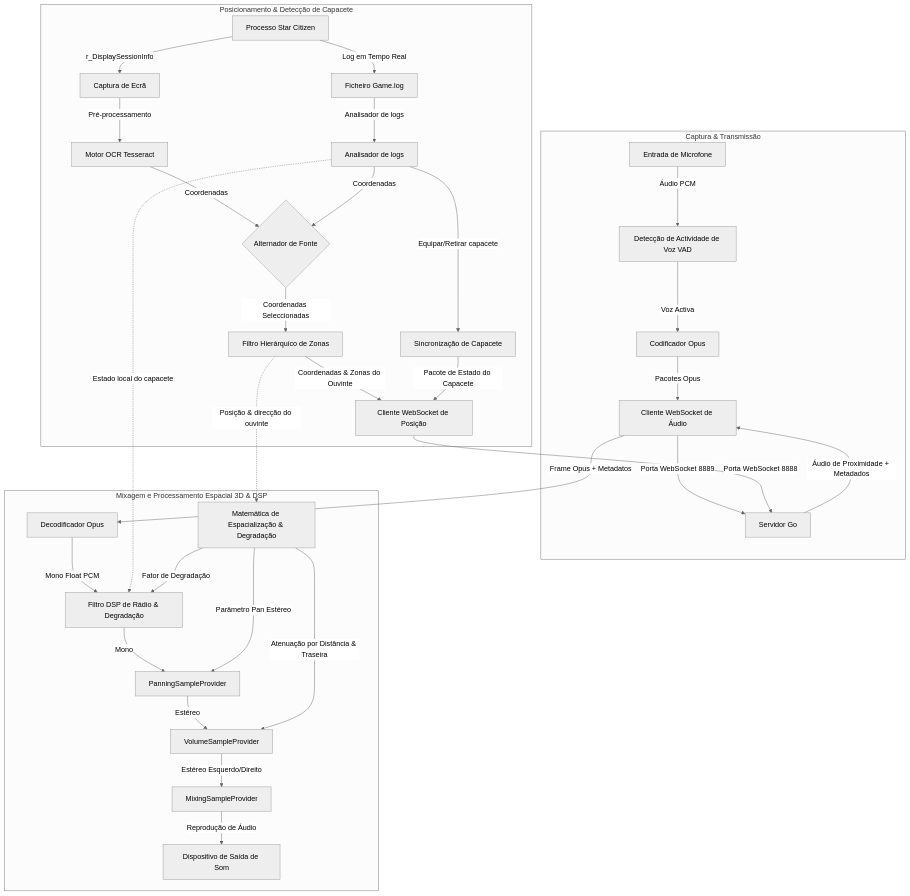
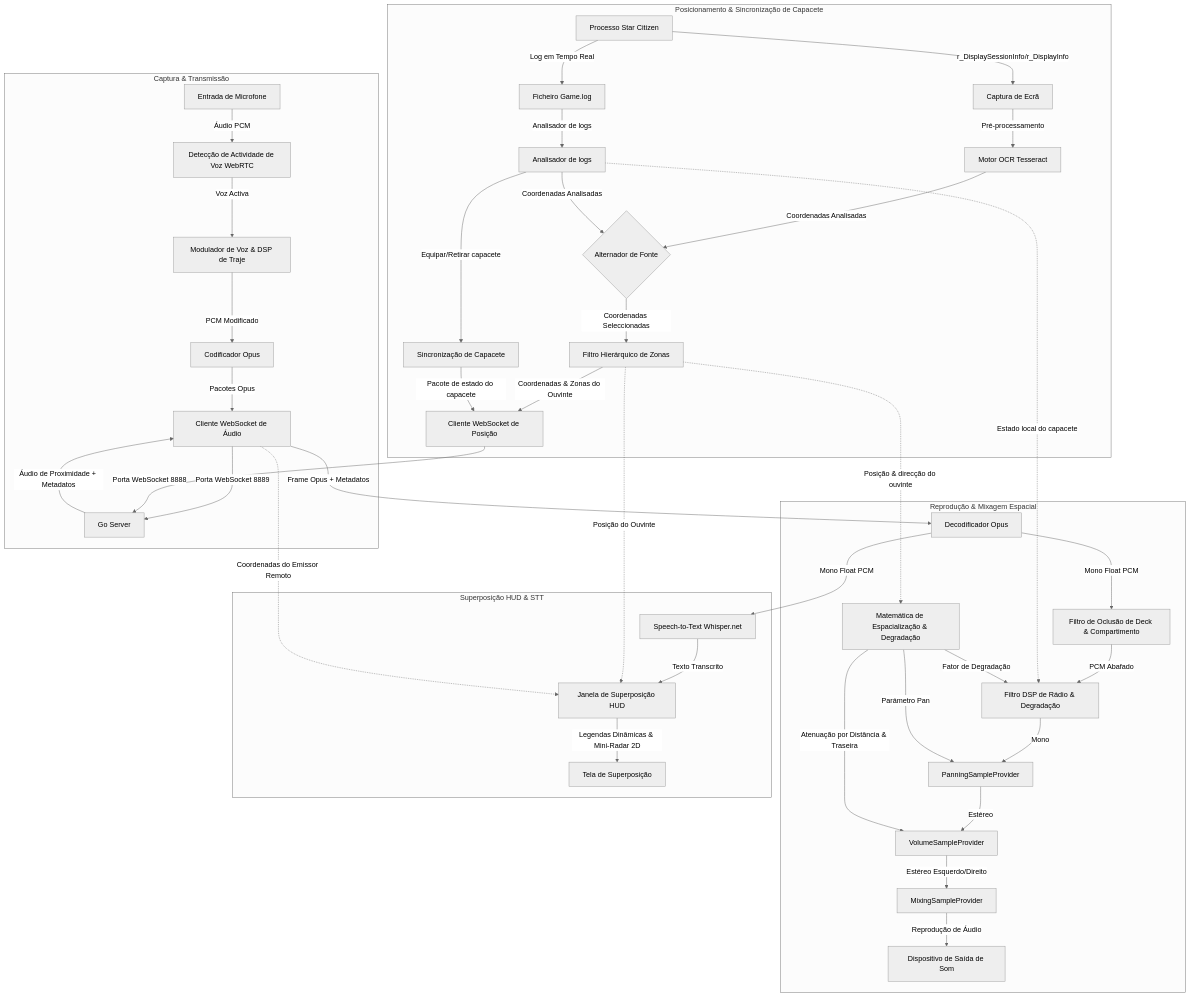
Before and after one commit to XuruDragon/XuruVOIP: the diagram in doc/README.pt-PT.md, drawn with Mermaid (neutral theme). The commit also changed other lines of this file and 17 other files, not shown here.

````diff
--- a/doc/README.pt-PT.md
+++ b/doc/README.pt-PT.md
@@ -88,45 +88,55 @@
 ```mermaid
 graph TD
     subgraph Captura & Transmissão
-        Mic[Entrada de Microfone] -->|Áudio PCM| VAD[Detecção de Actividade de Voz VAD]
-        VAD -->|Voz Activa| OpusEnc[Codificador Opus]
+        Mic[Entrada de Microfone] -->|Áudio PCM| VAD[Detecção de Actividade de Voz WebRTC]
+        VAD -->|Voz Activa| VoiceChanger[Modulador de Voz & DSP de Traje]
+        VoiceChanger -->|PCM Modificado| OpusEnc[Codificador Opus]
         OpusEnc -->|Pacotes Opus| AudioWS[Cliente WebSocket de Áudio]
-        AudioWS -->|Porta WebSocket 8889| Server[Servidor Go]
+        AudioWS -->|Porta WebSocket 8889| Server[Go Server]
     end
 
-    subgraph Posicionamento & Detecção de Capacete
-        SC[Processo Star Citizen] -->|r_DisplaySessionInfo| Screen[Captura de Ecrã]
+    subgraph Posicionamento & Sincronização de Capacete
+        SC[Processo Star Citizen] -->|r_DisplaySessionInfo/r_DisplayInfo| Screen[Captura de Ecrã]
         Screen -->|Pré-processamento| Tess[Motor OCR Tesseract]
         
         SC -->|Log em Tempo Real| GameLog[Ficheiro Game.log]
         GameLog -->|Analisador de logs| LogParser[Analisador de logs]
         
-        Tess -->|Coordenadas| PosSelector{Alternador de Fonte}
-        LogParser -->|Coordenadas| PosSelector
+        Tess -->|Coordenadas Analisadas| PosSelector{Alternador de Fonte}
+        LogParser -->|Coordenadas Analisadas| PosSelector
         
         PosSelector -->|Coordenadas Seleccionadas| Zone[Filtro Hierárquico de Zonas]
         Zone -->|Coordenadas & Zonas do Ouvinte| PosWS[Cliente WebSocket de Posição]
         PosWS -->|Porta WebSocket 8888| Server
 
         LogParser -->|Equipar/Retirar capacete| Helmet[Sincronização de Capacete]
-        Helmet -->|Pacote de Estado do Capacete| PosWS
+        Helmet -->|Pacote de estado do capacete| PosWS
     end
 
-    subgraph Mixagem e Processamento Espacial 3D & DSP
-        Server -->|Áudio de Proximidade + Metadados| AudioWS
+    subgraph Reprodução & Mixagem Espacial
+        Server -->|Áudio de Proximidade + Metadatos| AudioWS
         AudioWS -->|Frame Opus + Metadatos| Decoder[Decodificador Opus]
-        Decoder -->|Mono Float PCM| DSP[Filtro DSP de Rádio & Degradação]
+        Decoder -->|Mono Float PCM| OcclusionFilter[Filtro de Oclusão de Deck & Compartimento]
+        OcclusionFilter -->|PCM Abafado| DSP[Filtro DSP de Rádio & Degradação]
         DSP -->|Mono| Panner[PanningSampleProvider]
         Panner -->|Estéreo| Volume[VolumeSampleProvider]
         
         LogParser -.->|Estado local do capacete| DSP
         Zone -.->|Posição & direcção do ouvinte| MixerMath[Matemática de Espacialização & Degradação]
         
-        MixerMath -->|Parâmetro Pan Estéreo| Panner
+        MixerMath -->|Parámetro Pan| Panner
         MixerMath -->|Atenuação por Distância & Traseira| Volume
         MixerMath -->|Fator de Degradação| DSP
         
         Volume -->|Estéreo Esquerdo/Direito| Mixer[MixingSampleProvider]
         Mixer -->|Reprodução de Áudio| Speakers[Dispositivo de Saída de Som]
     end
+
+    subgraph Superposição HUD & STT
+        Decoder -->|Mono Float PCM| STT[Speech-to-Text Whisper.net]
+        STT -->|Texto Transcrito| Overlay[Janela de Superposição HUD]
+        Zone -.->|Posição do Ouvinte| Overlay
+        AudioWS -.->|Coordenadas do Emissor Remoto| Overlay
+        Overlay -->|Legendas Dinâmicas & Mini-Radar 2D| ScreenOverlay[Tela de Superposição]
+    end
 ```
````
